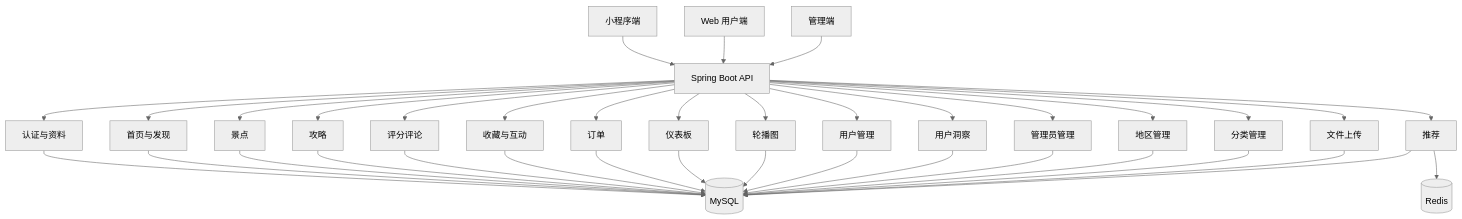
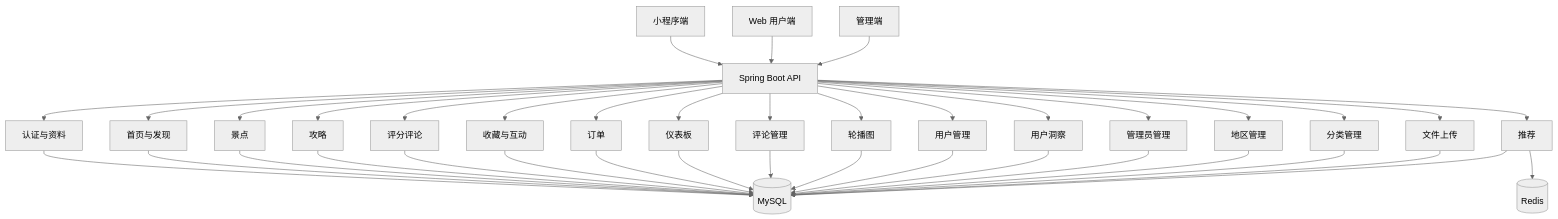
The first of 2 diagrams in docs/specs/travel-recommendation-system/design.md (TheayX/WayTrip), drawn with Mermaid (neutral theme) before and after one commit. The commit also changed other lines of this file and 9 other files, not shown here.

````diff
--- a/docs/specs/travel-recommendation-system/design.md
+++ b/docs/specs/travel-recommendation-system/design.md
@@ -33,67 +33,70 @@
 ```mermaid
 graph TB
     MP[小程序端]
     WEB[Web 用户端]
     ADMIN[管理端]
 
     API[Spring Boot API]
     AUTH[认证与资料]
     HOME[首页与发现]
     SPOT[景点]
     GUIDE[攻略]
     REVIEW[评分评论]
     FAV[收藏与互动]
     ORDER[订单]
     REC[推荐]
     DASH[仪表板]
+    REVIEWMGR[评论管理]
     BANNER[轮播图]
     USER[用户管理]
     INSIGHT[用户洞察]
     ADMINMGR[管理员管理]
     REGION[地区管理]
     CATEGORY[分类管理]
     UPLOAD[文件上传]
 
     MYSQL[(MySQL)]
     REDIS[(Redis)]
 
     MP --> API
     WEB --> API
     ADMIN --> API
 
     API --> AUTH
     API --> HOME
     API --> SPOT
     API --> GUIDE
     API --> REVIEW
     API --> FAV
     API --> ORDER
     API --> REC
     API --> DASH
+    API --> REVIEWMGR
     API --> BANNER
     API --> USER
     API --> INSIGHT
     API --> ADMINMGR
     API --> REGION
     API --> CATEGORY
     API --> UPLOAD
 
     AUTH --> MYSQL
     HOME --> MYSQL
     SPOT --> MYSQL
     GUIDE --> MYSQL
     REVIEW --> MYSQL
     FAV --> MYSQL
     ORDER --> MYSQL
     DASH --> MYSQL
+    REVIEWMGR --> MYSQL
     BANNER --> MYSQL
     USER --> MYSQL
     INSIGHT --> MYSQL
     ADMINMGR --> MYSQL
     REGION --> MYSQL
     CATEGORY --> MYSQL
     UPLOAD --> MYSQL
 
     REC --> MYSQL
     REC --> REDIS
 ```
````
